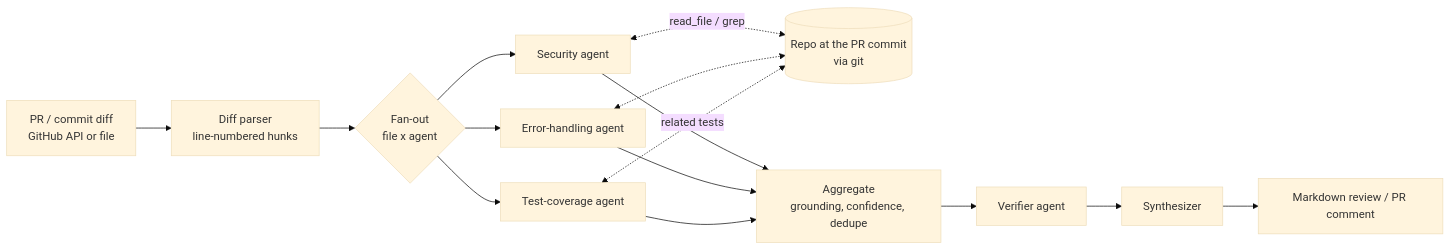
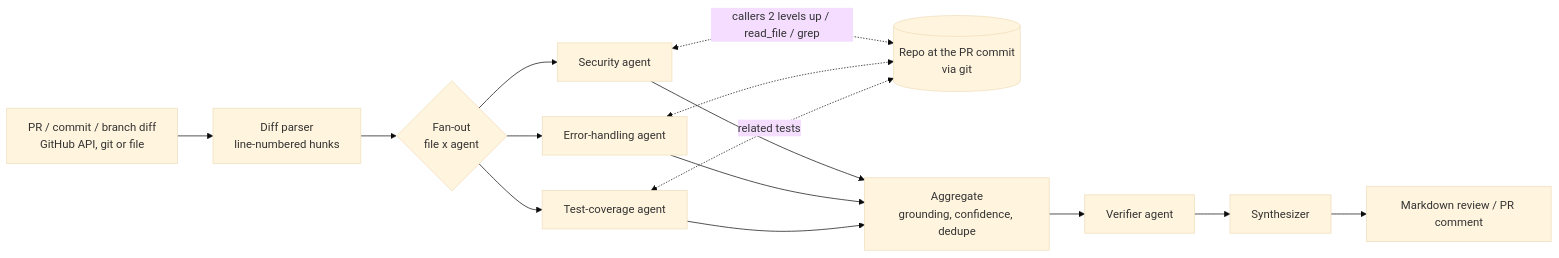
Before and after one commit to AbdulMuhaiminKhan/Agentic-Code-Reviewer: the diagram in README.md, drawn with Mermaid (base theme). The commit also changed other lines of this file and 35 other files, not shown here.

First line of the commit message:
Web UI, human-labelled benchmarks, and real GitHub PR reviews

````diff
--- a/README.md
+++ b/README.md
@@ -11,17 +13,17 @@
 ```mermaid
 flowchart LR
-    A[PR / commit diff<br/>GitHub API or file] --> B[Diff parser<br/>line-numbered hunks]
+    A[PR / commit / branch diff<br/>GitHub API, git or file] --> B[Diff parser<br/>line-numbered hunks]
     B --> C{Fan-out<br/>file x agent}
     C --> S[Security agent]
     C --> E[Error-handling agent]
     C --> T[Test-coverage agent]
-    S <-.read_file / grep.-> R[(Repo at the PR commit<br/>via git)]
+    S <-.callers 2 levels up / read_file / grep.-> R[(Repo at the PR commit<br/>via git)]
     E <-.-> R
     T <-.related tests.-> R
     S --> G[Aggregate<br/>grounding, confidence, dedupe]
     E --> G
     T --> G
     G --> V[Verifier agent]
     V --> Y[Synthesizer]
     Y --> M[Markdown review / PR comment]
 ```
````
